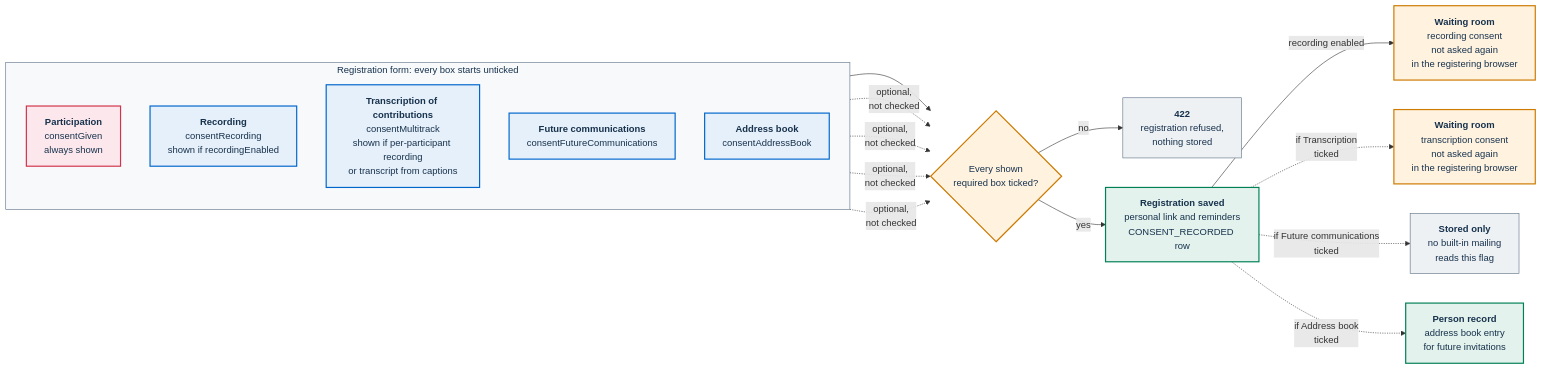
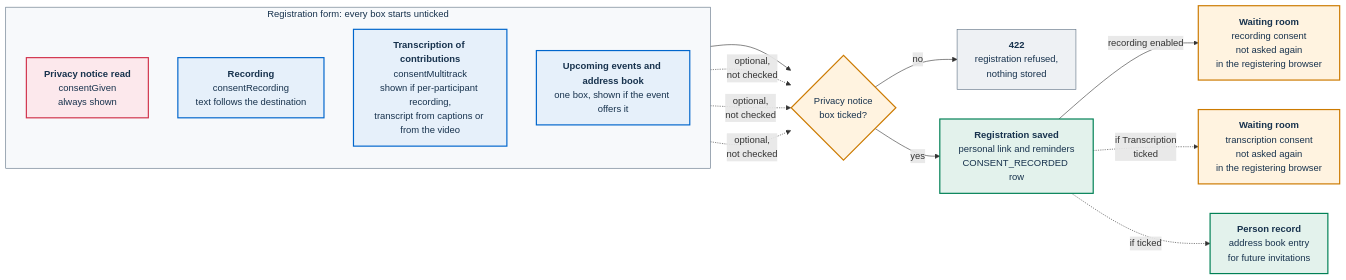
One commit to italia/pa-webinar changed the first of 3 diagrams in docs/GDPR.md. Above: the diagram before and after it, drawn with Mermaid. The commit also changed other lines of this file and 18 other files, not shown here.

````diff
--- a/docs/GDPR.md
+++ b/docs/GDPR.md
@@ -141,38 +200,34 @@
 ```mermaid
 flowchart LR
   classDef req fill:#FCE8EC,stroke:#D1344C,stroke-width:2px,color:#17324D
   classDef opt fill:#E6F0FA,stroke:#0066CC,stroke-width:2px,color:#17324D
   classDef gate fill:#FFF3E0,stroke:#CC7A00,stroke-width:2px,color:#17324D
   classDef data fill:#E3F2EC,stroke:#008055,stroke-width:2px,color:#17324D
   classDef ext fill:#EEF1F4,stroke:#5C6F82,stroke-width:1px,color:#17324D
 
   subgraph FORM["Registration form: every box starts unticked"]
     direction TB
-    C1["<b>Participation</b><br/>consentGiven<br/>always shown"]:::req
-    C2["<b>Recording</b><br/>consentRecording<br/>shown if recordingEnabled"]:::opt
-    C3["<b>Transcription of contributions</b><br/>consentMultitrack<br/>shown if per-participant recording<br/>or transcript from captions"]:::opt
-    C4["<b>Future communications</b><br/>consentFutureCommunications"]:::opt
-    C5["<b>Address book</b><br/>consentAddressBook"]:::opt
+    C1["<b>Privacy notice read</b><br/>consentGiven<br/>always shown"]:::req
+    C2["<b>Recording</b><br/>consentRecording<br/>text follows the destination"]:::opt
+    C3["<b>Transcription of contributions</b><br/>consentMultitrack<br/>shown if per-participant recording,<br/>transcript from captions or from the video"]:::opt
+    C4["<b>Upcoming events and address book</b><br/>one box, shown if the event offers it"]:::opt
   end
   style FORM fill:#F7F9FB,stroke:#5C6F82,color:#17324D
 
-  Q{"Every shown<br/>required box ticked?"}:::gate
+  Q{"Privacy notice<br/>box ticked?"}:::gate
   NO["<b>422</b><br/>registration refused,<br/>nothing stored"]:::ext
   G1["<b>Registration saved</b><br/>personal link and reminders<br/>CONSENT_RECORDED row"]:::data
   G2["<b>Waiting room</b><br/>recording consent<br/>not asked again<br/>in the registering browser"]:::gate
   G3["<b>Waiting room</b><br/>transcription consent<br/>not asked again<br/>in the registering browser"]:::gate
-  G4["<b>Stored only</b><br/>no built-in mailing<br/>reads this flag"]:::ext
   G5["<b>Person record</b><br/>address book entry<br/>for future invitations"]:::data
 
   C1 --> Q
   C2 -.->|"optional,<br/>not checked"| Q
   C3 -.->|"optional,<br/>not checked"| Q
   C4 -.->|"optional,<br/>not checked"| Q
-  C5 -.->|"optional,<br/>not checked"| Q
   Q -->|"no"| NO
   Q -->|"yes"| G1
   G1 -->|"recording enabled"| G2
   G1 -.->|"if Transcription<br/>ticked"| G3
-  G1 -.->|"if Future communications<br/>ticked"| G4
-  G1 -.->|"if Address book<br/>ticked"| G5
+  G1 -.->|"if ticked"| G5
 ```
````
